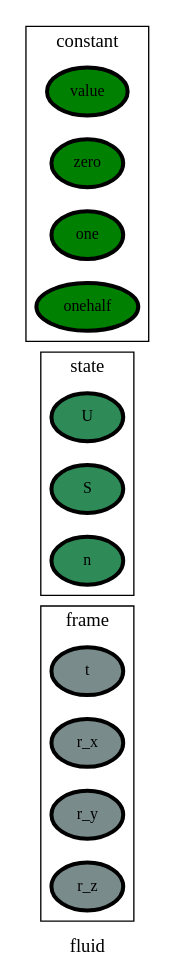
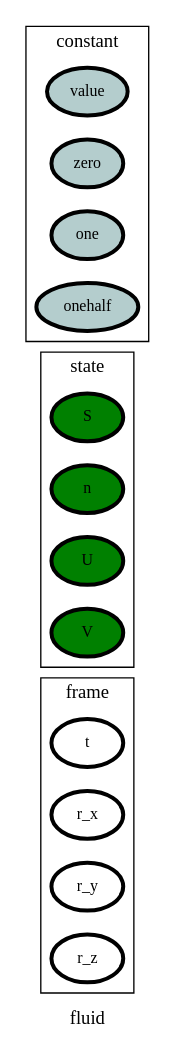
One commit to heinz-preisig/processes_distributed_no_interface_eqs changed the diagram in ontology_graphs/graph__fluid.dot. Above: the diagram before and after it, drawn with Graphviz. The commit also changed 56 other files, not shown here.

```diff
--- a/ontology_graphs/graph__fluid.dot
+++ b/ontology_graphs/graph__fluid.dot
@@ -1,90 +1,91 @@
 digraph fluid {
 label=fluid;
 rankdir=LR;
 subgraph cluster_fluid___transport {
 label=transport;
 rankdir=LR;
 }
 
 subgraph cluster_fluid___geometry {
 label=geometry;
 rankdir=LR;
 }
 
 subgraph cluster_fluid___properties {
 label=properties;
 rankdir=LR;
 }
 
 subgraph cluster_fluid___network {
 label=network;
 rankdir=LR;
 }
 
 subgraph cluster_fluid___differenceOperator {
 label=differenceOperator;
 rankdir=LR;
 }
 
 subgraph cluster_fluid___frame {
 label=frame;
 rankdir=LR;
-V_5 [fillcolor=lightcyan4, fontsize=12, label=t, penwidth=3, style=filled];
-V_6 [fillcolor=lightcyan4, fontsize=12, label=r_x, penwidth=3, style=filled];
-V_7 [fillcolor=lightcyan4, fontsize=12, label=r_y, penwidth=3, style=filled];
-V_8 [fillcolor=lightcyan4, fontsize=12, label=r_z, penwidth=3, style=filled];
+V_5 [fillcolor=white, fontsize=12, label=t, penwidth=3, style=filled];
+V_6 [fillcolor=white, fontsize=12, label=r_x, penwidth=3, style=filled];
+V_7 [fillcolor=white, fontsize=12, label=r_y, penwidth=3, style=filled];
+V_8 [fillcolor=white, fontsize=12, label=r_z, penwidth=3, style=filled];
 }
 
 subgraph cluster_fluid___state {
 label=state;
 rankdir=LR;
-V_9 [fillcolor=seagreen4, fontsize=12, label=U, penwidth=3, style=filled];
-V_10 [fillcolor=seagreen4, fontsize=12, label=S, penwidth=3, style=filled];
-V_11 [fillcolor=seagreen4, fontsize=12, label=n, penwidth=3, style=filled];
+V_10 [fillcolor=green, fontsize=12, label=S, penwidth=3, style=filled];
+V_11 [fillcolor=green, fontsize=12, label=n, penwidth=3, style=filled];
+V_9 [fillcolor=green, fontsize=12, label=U, penwidth=3, style=filled];
+V_12 [fillcolor=green, fontsize=12, label=V, penwidth=3, style=filled];
 }
 
 subgraph cluster_fluid___constant {
 label=constant;
 rankdir=LR;
-V_1 [fillcolor=green, fontsize=12, label=value, penwidth=3, style=filled];
-V_2 [fillcolor=green, fontsize=12, label=zero, penwidth=3, style=filled];
-V_3 [fillcolor=green, fontsize=12, label=one, penwidth=3, style=filled];
-V_4 [fillcolor=green, fontsize=12, label=onehalf, penwidth=3, style=filled];
+V_1 [fillcolor=lightcyan3, fontsize=12, label=value, penwidth=3, style=filled];
+V_2 [fillcolor=lightcyan3, fontsize=12, label=zero, penwidth=3, style=filled];
+V_3 [fillcolor=lightcyan3, fontsize=12, label=one, penwidth=3, style=filled];
+V_4 [fillcolor=lightcyan3, fontsize=12, label=onehalf, penwidth=3, style=filled];
 }
 
 subgraph cluster_fluid___effort {
 label=effort;
 rankdir=LR;
 }
 
 subgraph cluster_fluid___secondaryState {
 label=secondaryState;
 rankdir=LR;
 }
 
 subgraph cluster_fluid___conversion {
 label=conversion;
 rankdir=LR;
 }
 
 subgraph cluster_fluid___diffState {
 label=diffState;
 rankdir=LR;
 }
 
 subgraph cluster_fluid___internalTransport {
 label=internalTransport;
 rankdir=LR;
 }
 
 subgraph cluster_fluid___controlInput {
 label=controlInput;
 rankdir=LR;
 }
 
 subgraph cluster_fluid___observation {
 label=observation;
 rankdir=LR;
 }
 
 }
```
